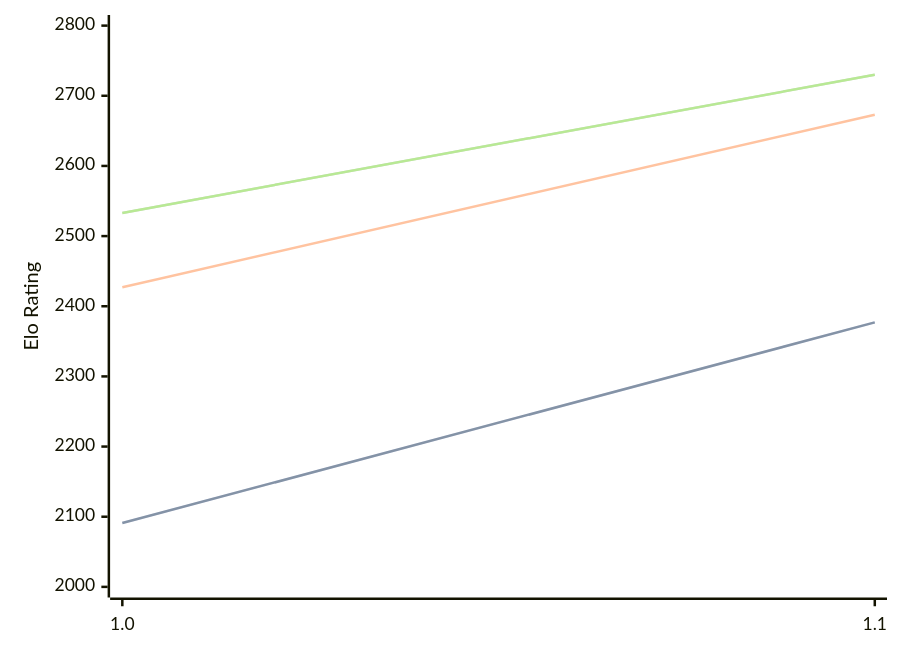
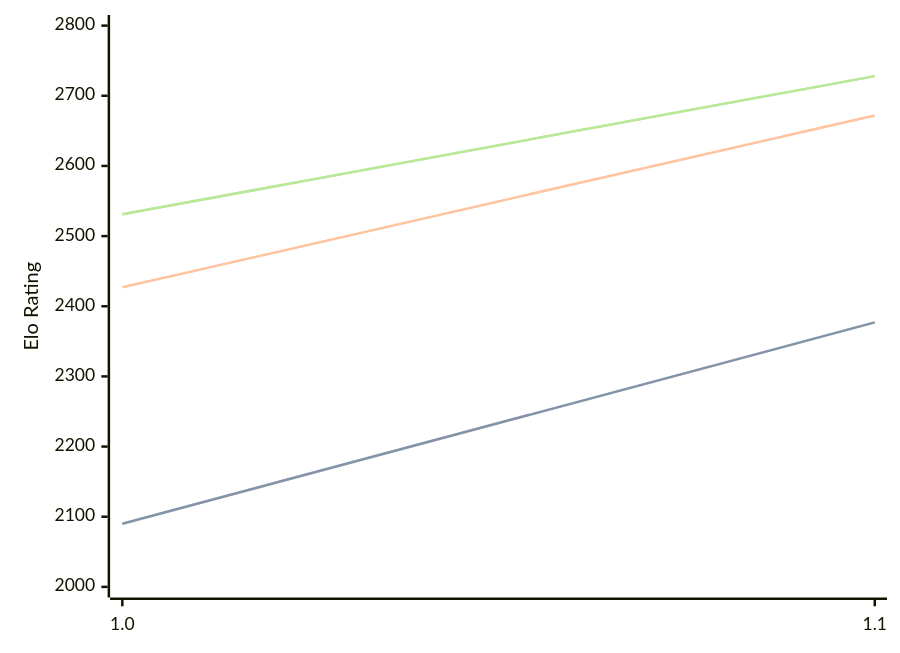
One commit to computer-chess-index/cci changed the diagram in engines/Erinn.md. Above: the diagram before and after it, drawn with Mermaid. The commit also changed other lines of this file, not shown here.

Commit message:
Update CCI Ratings (ELO VLTC) - 2026-09-03

````diff
--- a/engines/Erinn.md
+++ b/engines/Erinn.md
@@ -32,11 +32,11 @@
 ```mermaid
 %%{init: {"theme":"base","themeVariables":{"seriesColors:['#a3a3a3','#222221','#faa371']}}}%%
 xychart-beta
   x-axis ["1.0", "1.1"]
   y-axis "Elo Rating" 2000 --> 2800
-  line "" [2091, 2377]
-  line "STC (8.0+0.08s)" [2091, 2377]
-  line "LTC (60.0+0.60s)" [2427, 2673]
-  line "" [2533, 2730]
-  line "VLTC (2m24s+1.12s)" [2533, 2730]
+  line "" [2090, 2377]
+  line "STC (8.0+0.08s)" [2090, 2377]
+  line "LTC (60.0+0.60s)" [2427, 2672]
+  line "" [2531, 2728]
+  line "VLTC (2m24s+1.12s)" [2531, 2728]
 ```
````
